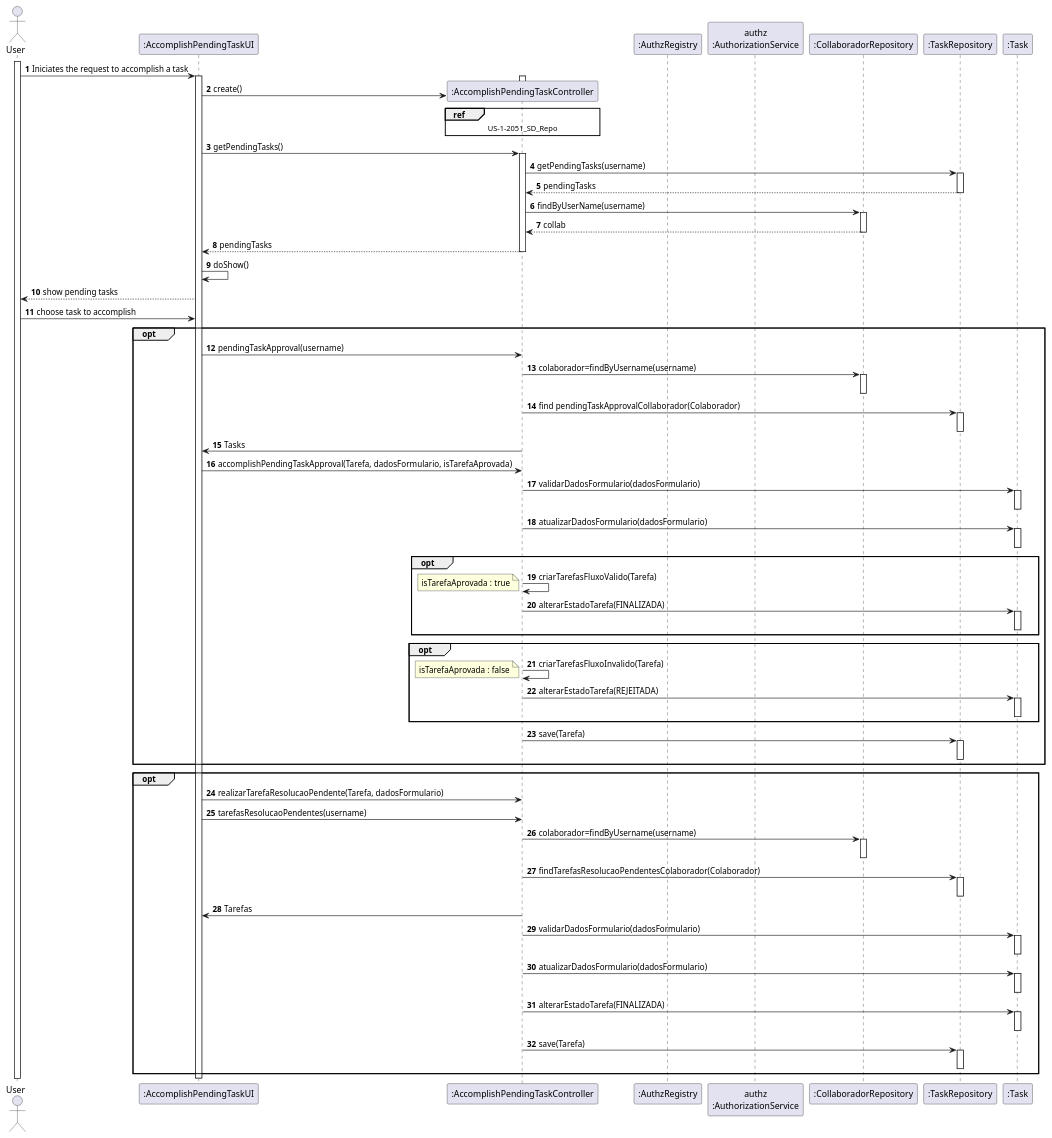
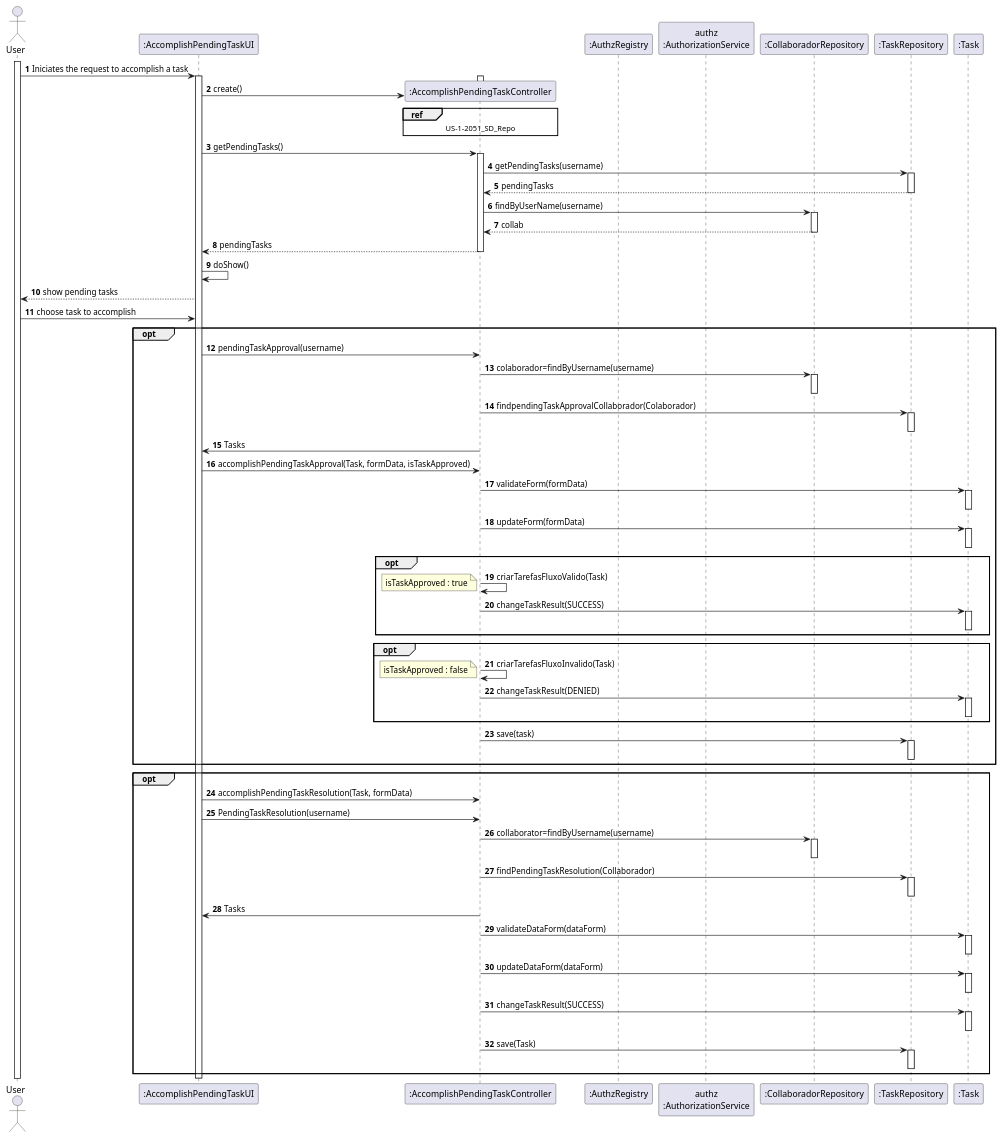
The diagram in doc/engenharia/SprintC/1190424/_US1-3022_TaskRealization/US-2-3022_SD_.puml (tiagoavcosta25/LAPR4), drawn with PlantUML before and after one commit. The commit also changed 1 other file, not shown here.

```diff
--- a/doc/engenharia/SprintC/1190424/_US1-3022_TaskRealization/US-2-3022_SD_.puml
+++ b/doc/engenharia/SprintC/1190424/_US1-3022_TaskRealization/US-2-3022_SD_.puml
@@ -1,110 +1,110 @@
 @startuml
 autonumber
 
  actor "User" as U
 participant ":AccomplishPendingTaskUI" as UI
 participant ":AccomplishPendingTaskController" as CTRL
 participant ":AuthzRegistry" as AR
 participant "authz\n:AuthorizationService" as AS
 participant ":CollaboradorRepository" as CR
 participant ":TaskRepository" as TR
 participant ":Task" as T
 
 activate U
 U-> UI : Iniciates the request to accomplish a task
 activate UI
 activate CTRL
          UI-> CTRL** : create()
          ref over CTRL
          US-1-2051_SD_Repo
          end ref
          deactivate CTRL
 
 
 
            deactivate CTRL
 
                   UI-> CTRL : getPendingTasks()
                   activate CTRL
 
                   CTRL-> TR : getPendingTasks(username)
                   activate TR
 
                   TR--> CTRL : pendingTasks
                   deactivate TR
 
                   CTRL-> CR : findByUserName(username)
                   activate CR
                   CR--> CTRL : collab
                   deactivate CR
 
                   CTRL--> UI : pendingTasks
                   deactivate CTRL
 
 
 
 
 UI -> UI : doShow()
 UI --> U: show pending tasks
 U-> UI : choose task to accomplish
 opt
 UI -> CTRL : pendingTaskApproval(username)
 CTRL -> CR : colaborador=findByUsername(username)
 activate CR
 deactivate CR
-CTRL -> TR : find pendingTaskApprovalCollaborador(Colaborador)
+CTRL -> TR : findpendingTaskApprovalCollaborador(Colaborador)
 activate TR
 deactivate TR
 CTRL -> UI : Tasks
-UI -> CTRL : accomplishPendingTaskApproval(Tarefa, dadosFormulario, isTarefaAprovada)
-CTRL -> T : validarDadosFormulario(dadosFormulario)
+UI -> CTRL : accomplishPendingTaskApproval(Task, formData, isTaskApproved)
+CTRL -> T : validateForm(formData)
 activate T
 deactivate T
-CTRL -> T : atualizarDadosFormulario(dadosFormulario)
+CTRL -> T : updateForm(formData)
 activate T
 deactivate T
 opt
-CTRL -> CTRL : criarTarefasFluxoValido(Tarefa)
-note left : isTarefaAprovada : true
-CTRL -> T : alterarEstadoTarefa(FINALIZADA)
+CTRL -> CTRL : criarTarefasFluxoValido(Task)
+note left : isTaskApproved : true
+CTRL -> T : changeTaskResult(SUCCESS)
 activate T
 deactivate T
 end opt
 opt
-CTRL -> CTRL : criarTarefasFluxoInvalido(Tarefa)
-note left : isTarefaAprovada : false
-CTRL -> T : alterarEstadoTarefa(REJEITADA)
+CTRL -> CTRL : criarTarefasFluxoInvalido(Task)
+note left : isTaskApproved : false
+CTRL -> T : changeTaskResult(DENIED)
 activate T
 deactivate T
 end opt
-CTRL -> TR : save(Tarefa)
+CTRL -> TR : save(task)
 activate TR
 deactivate TR
 end opt
 opt
-UI -> CTRL : realizarTarefaResolucaoPendente(Tarefa, dadosFormulario)
-UI -> CTRL : tarefasResolucaoPendentes(username)
-CTRL -> CR : colaborador=findByUsername(username)
+UI -> CTRL : accomplishPendingTaskResolution(Task, formData)
+UI -> CTRL : PendingTaskResolution(username)
+CTRL -> CR : collaborator=findByUsername(username)
 activate CR
 deactivate CR
-CTRL -> TR : findTarefasResolucaoPendentesColaborador(Colaborador)
+CTRL -> TR : findPendingTaskResolution(Collaborador)
 activate TR
 deactivate TR
-CTRL -> UI : Tarefas
-CTRL -> T : validarDadosFormulario(dadosFormulario)
+CTRL -> UI : Tasks
+CTRL -> T : validateDataForm(dataForm)
 activate T
 deactivate T
-CTRL -> T : atualizarDadosFormulario(dadosFormulario)
+CTRL -> T : updateDataForm(dataForm)
 activate T
 deactivate T
-CTRL -> T : alterarEstadoTarefa(FINALIZADA)
+CTRL -> T : changeTaskResult(SUCCESS)
 activate T
 deactivate T
-CTRL -> TR : save(Tarefa)
+CTRL -> TR : save(Task)
 activate TR
 deactivate TR
 end opt
 deactivate CTRL
 deactivate UI
 
 @enduml
```
